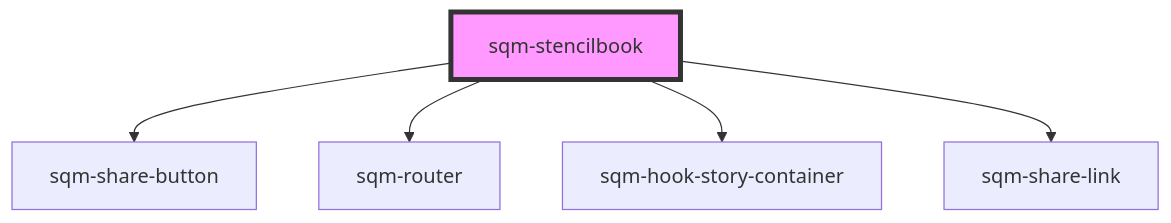
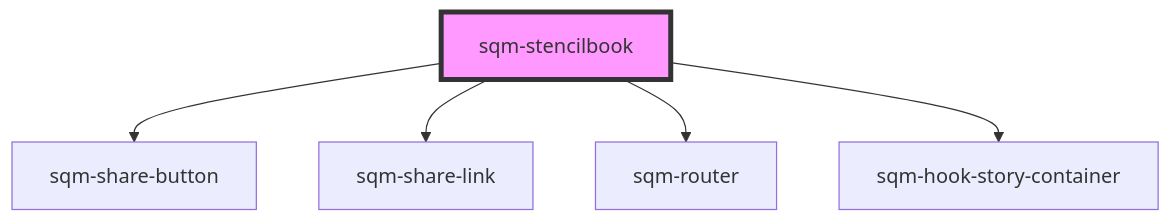
The diagram in packages/mint-components/src/components/sqm-stencilbook/readme.md (saasquatch/program-tools), drawn with Mermaid before and after one commit. The commit also changed other lines of this file and 3 other files, not shown here.

````diff
--- a/packages/mint-components/src/components/sqm-stencilbook/readme.md
+++ b/packages/mint-components/src/components/sqm-stencilbook/readme.md
@@ -18,8 +18,8 @@
 ```mermaid
 graph TD;
   sqm-stencilbook --> sqm-share-button
+  sqm-stencilbook --> sqm-share-link
   sqm-stencilbook --> sqm-router
   sqm-stencilbook --> sqm-hook-story-container
-  sqm-stencilbook --> sqm-share-link
   style sqm-stencilbook fill:#f9f,stroke:#333,stroke-width:4px
 ```
````
